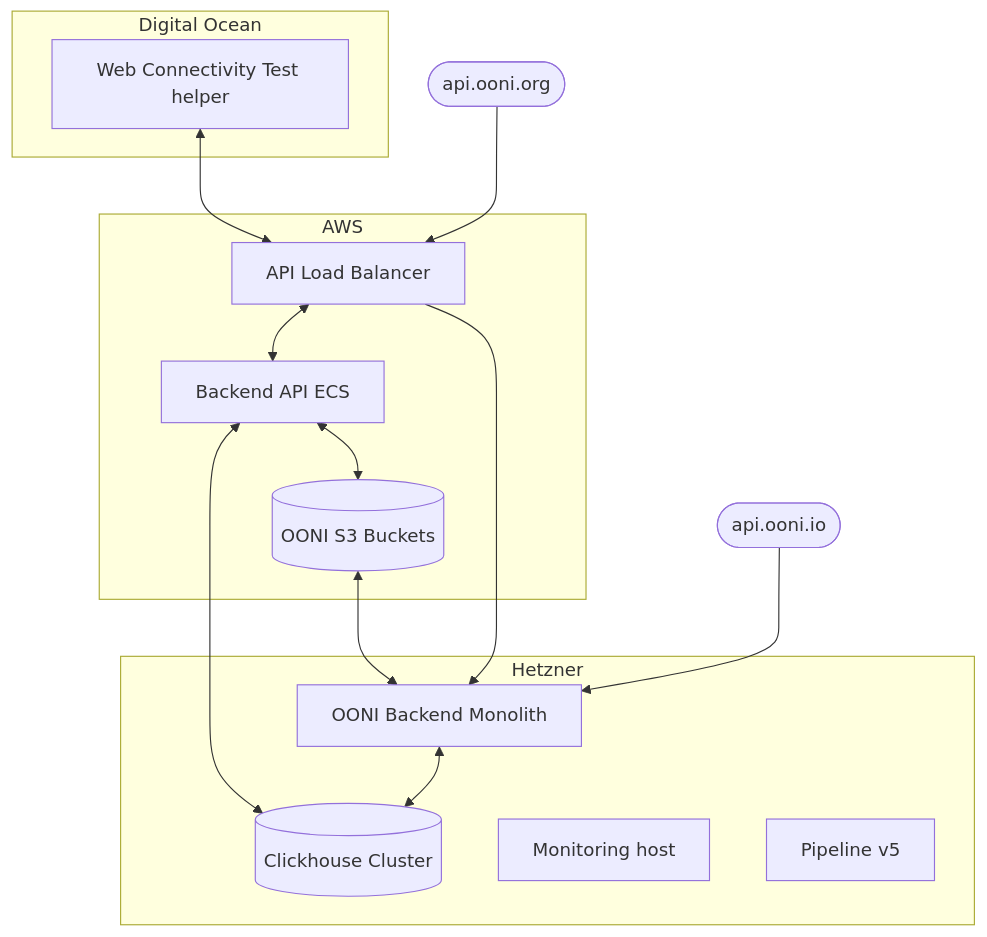
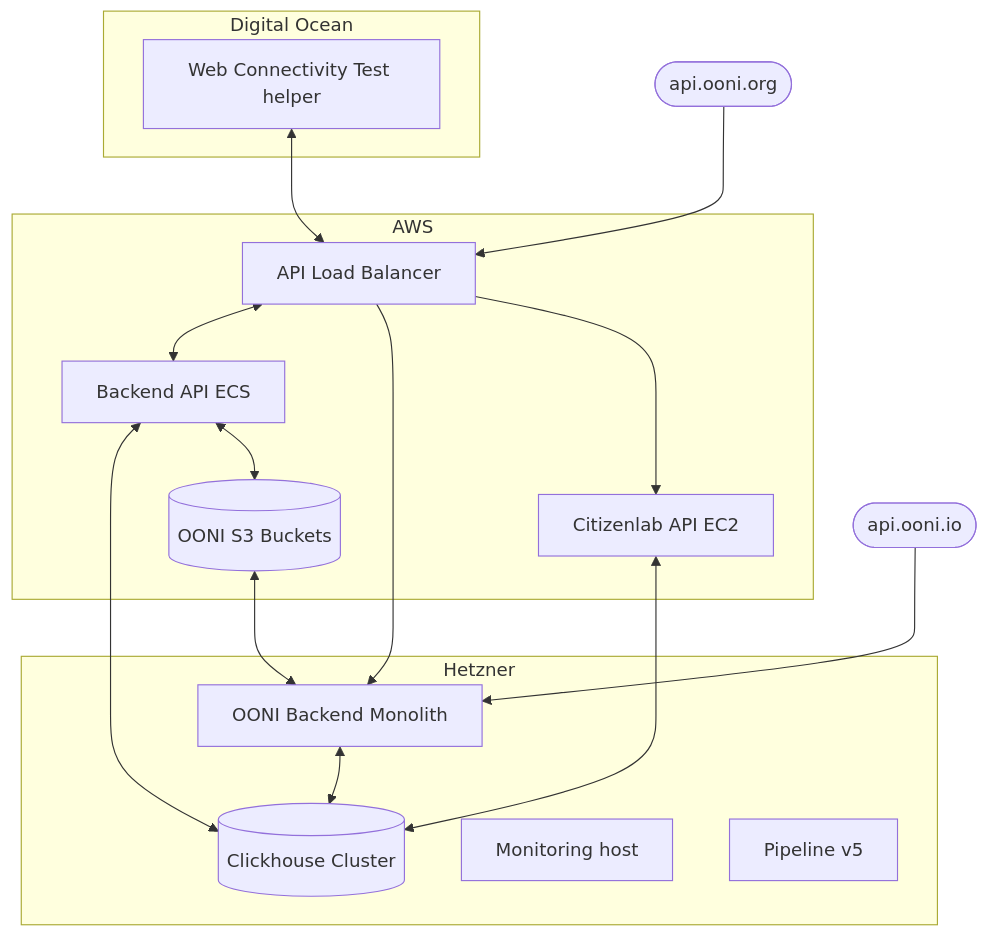
The diagram in README.md (ooni/devops), drawn with Mermaid before and after one commit. The commit also changed 14 other files, not shown here.

Commit message:
Add ooniapi test-lists service to load balancer Add ec2 t3a.nano for test-lists api backend Add DNS alias for citizenlab.{env}.ooni.io

````diff
--- a/README.md
+++ b/README.md
@@ -5,20 +5,23 @@
 ```mermaid
 flowchart TB
     apiorg([api.ooni.org])-->alb
     apiio([api.ooni.io])-->backend
     ecs[Backend API ECS]<-->ch[(Clickhouse Cluster)]
+    cz[Citizenlab API EC2]<-->ch
+
     subgraph Hetzner
         backend[OONI Backend Monolith]<-->ch
         monitoring[Monitoring host]
         pipeline[Pipeline v5]
     end
     subgraph AWS
     alb[API Load Balancer]<-->ecs
     alb-->backend
+    alb-->cz
     ecs<-->s3[(OONI S3 Buckets)]
     s3<-->backend
     end
     subgraph Digital Ocean
         th[Web Connectivity Test helper]<-->alb
     end
 ```
````
